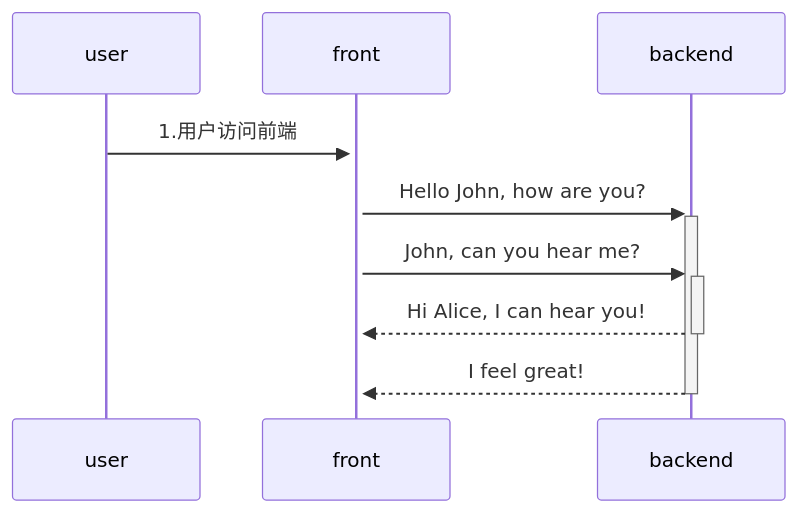
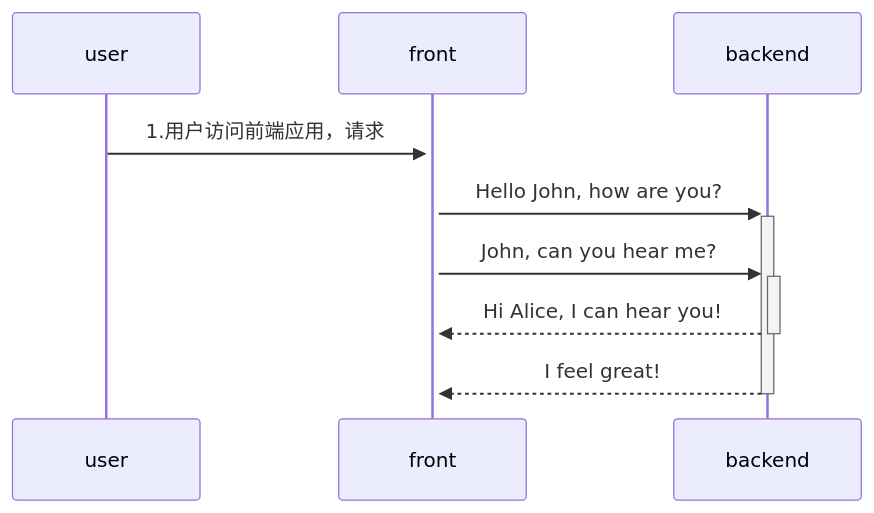
Before and after one commit to yingjianzh/iodraw-files: the diagram in all/未命名-4.md, drawn with Mermaid.

Commit message:
2024-08-02 17:34:38 update

````diff
--- a/all/未命名-4.md
+++ b/all/未命名-4.md
@@ -1,9 +1,9 @@
 ```mermaid
 sequenceDiagram
-    user->>+front: 1.用户访问前端
+    user->>+front: 1.用户访问前端应用，请求
     front->>+backend: Hello John, how are you?
     front->>+backend: John, can you hear me?
     backend-->>-front: Hi Alice, I can hear you!
     backend-->>-front: I feel great!
             
 ```
````
